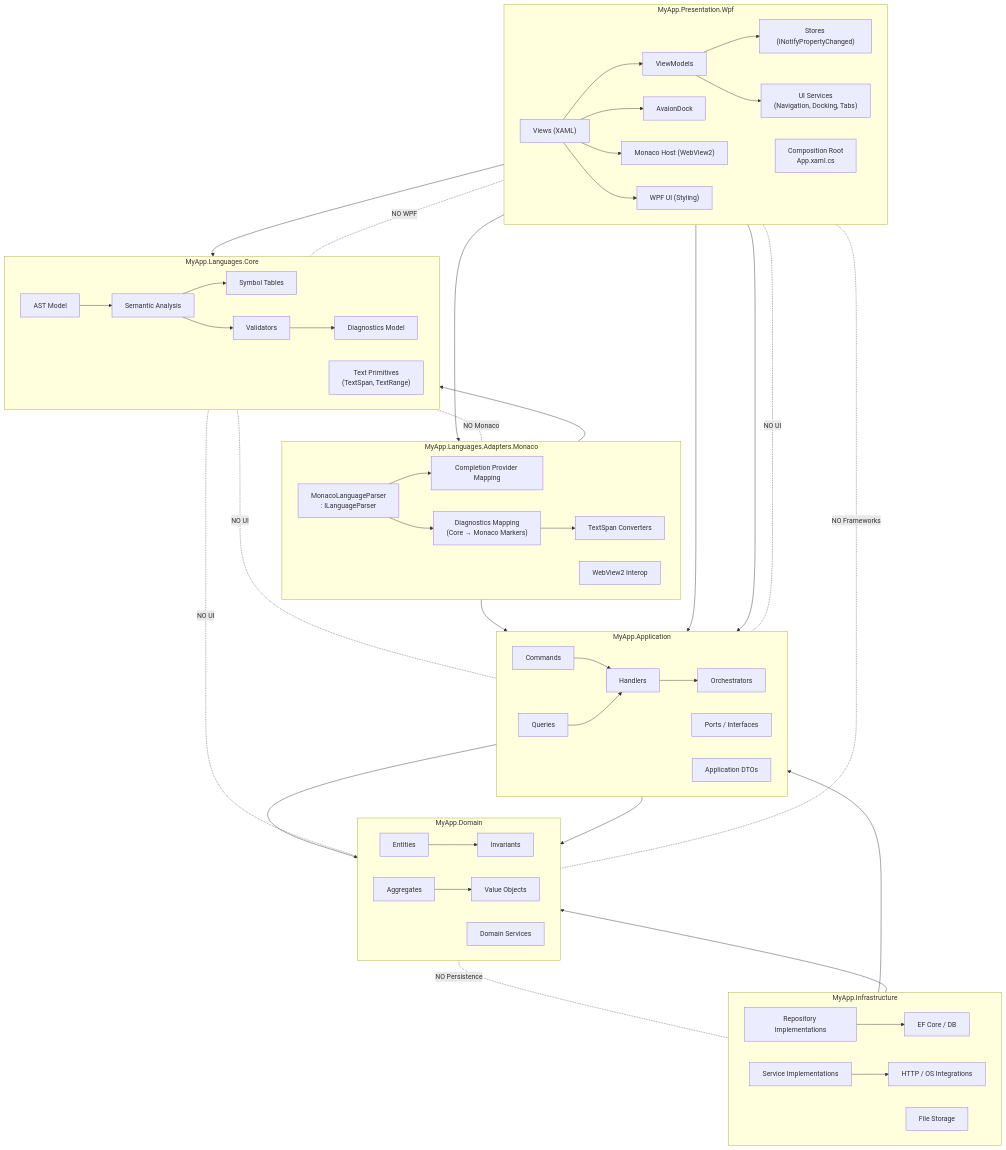
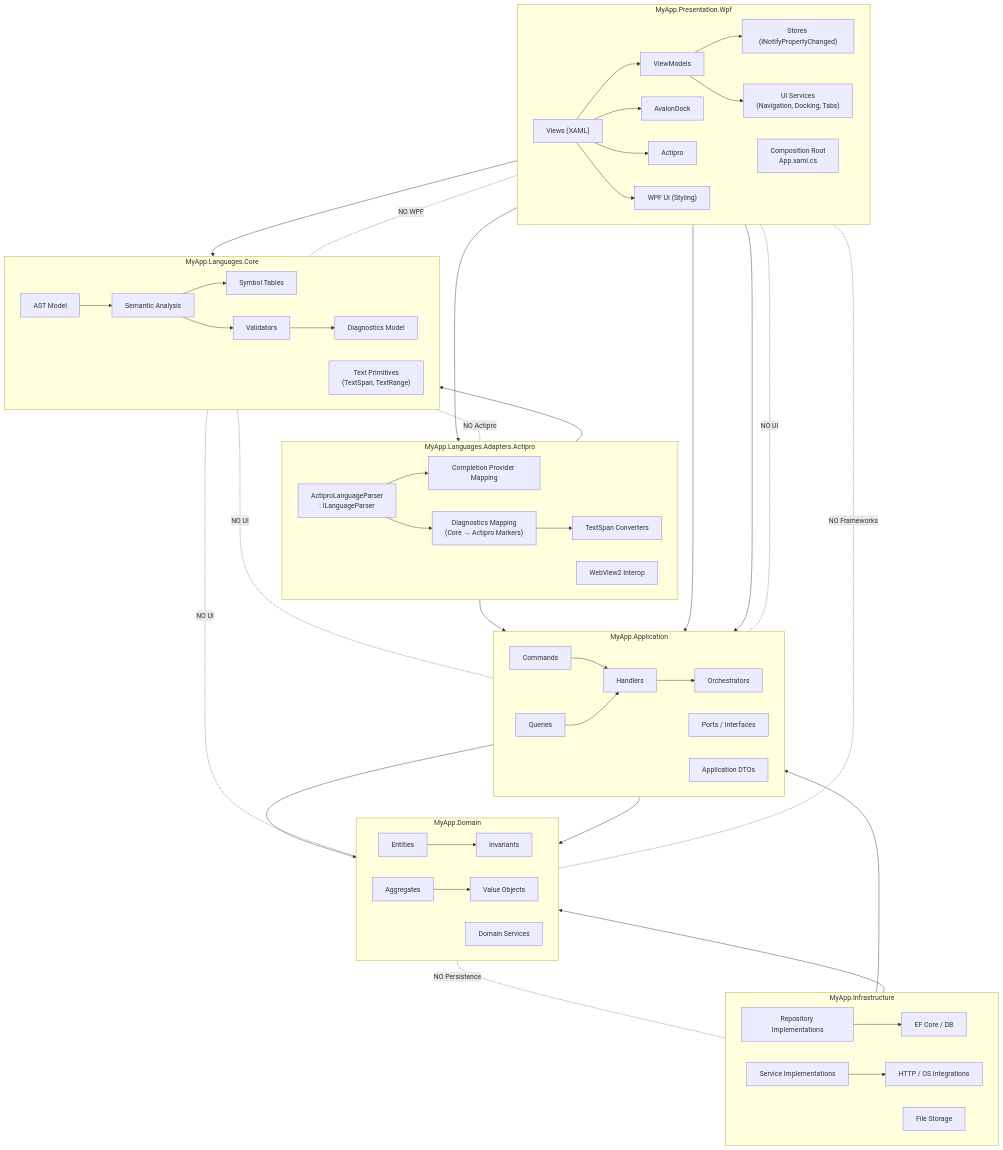
One commit to nubaum/blueprint changed the diagram in README.md. Above: the diagram before and after it, drawn with Mermaid. The commit also changed other lines of this file and 191 other files, not shown here.

````diff
--- a/README.md
+++ b/README.md
@@ -349,12 +345,12 @@
 Infrastructure --> Domain
 
 %% =========================
-%% MONACO ADAPTER
+%% Actipro ADAPTER
 %% =========================
-subgraph MonacoAdapter["MyApp.Languages.Adapters.Monaco"]
-    M1["MonacoLanguageParser<br/>: ILanguageParser"]
+subgraph ActiproAdapter["MyApp.Languages.Adapters.Actipro"]
+    M1["ActiproLanguageParser<br/>: ILanguageParser"]
     M2["Completion Provider Mapping"]
-    M3["Diagnostics Mapping<br/>(Core → Monaco Markers)"]
+    M3["Diagnostics Mapping<br/>(Core → Actipro Markers)"]
     M4["TextSpan Converters"]
     M5["WebView2 Interop"]
 
@@ -363,8 +359,8 @@
     M3 --> M4
 end
 
-MonacoAdapter --> LangCore
-MonacoAdapter --> Application
+ActiproAdapter --> LangCore
+ActiproAdapter --> Application
 
 %% =========================
 %% PRESENTATION (WPF)
@@ -375,7 +371,7 @@
     P3["Stores (INotifyPropertyChanged)"]
     P4["UI Services<br/>(Navigation, Docking, Tabs)"]
     P5["AvalonDock"]
-    P6["Monaco Host (WebView2)"]
+    P6["Actipro"]
     P7["WPF UI (Styling)"]
     P8["Composition Root<br/>App.xaml.cs"]
 
@@ -389,7 +385,7 @@
 
 Presentation --> Application
 Presentation --> LangCore
-Presentation --> MonacoAdapter
+Presentation --> ActiproAdapter
 
 %% =========================
 %% DEPENDENCY FLOW SUMMARY
@@ -404,7 +400,7 @@
 
 Domain -. NO Frameworks .- Presentation
 Domain -. NO Persistence .- Infrastructure
-LangCore -. NO Monaco .- MonacoAdapter
+LangCore -. NO Actipro .- ActiproAdapter
 LangCore -. NO WPF .- Presentation
 Application -. NO UI .- Presentation
 ```
````
